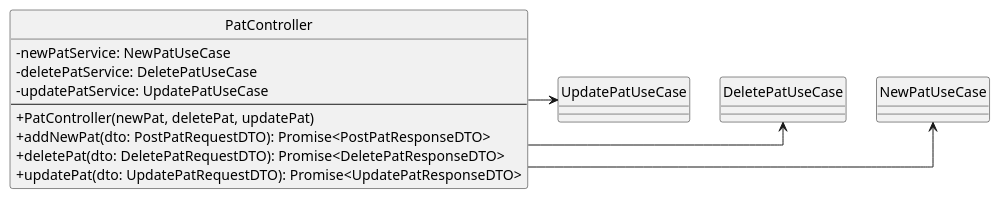
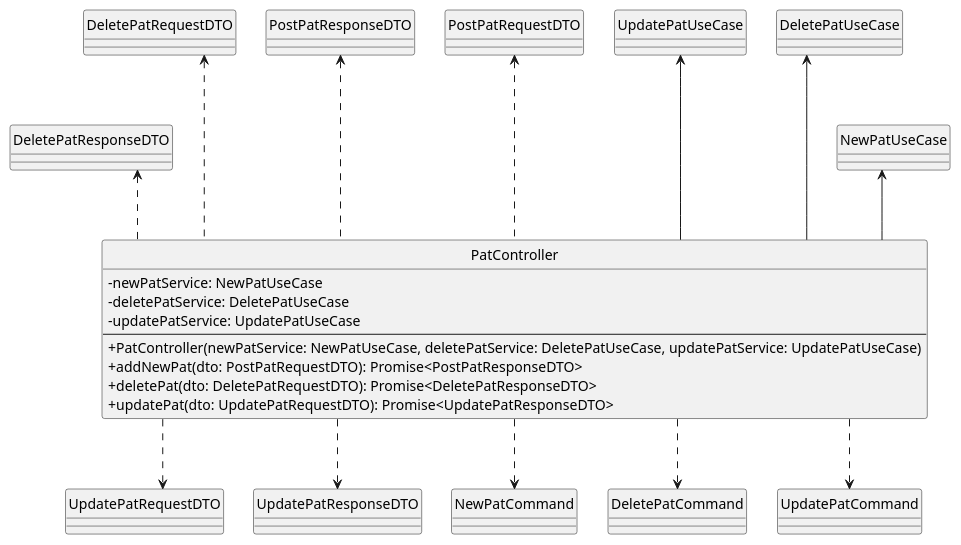
Before and after one commit to SkarabGroup/DocumentazioneProgetto: the diagram in assets/st_diagrams/code/plantuml/analysis/presentation/controllers/pat.controller.plantuml, drawn with PlantUML. The commit also changed 20 other files, not shown here.

```diff
--- a/assets/st_diagrams/code/plantuml/analysis/presentation/controllers/pat.controller.plantuml
+++ b/assets/st_diagrams/code/plantuml/analysis/presentation/controllers/pat.controller.plantuml
@@ -1,23 +1,34 @@
 @startuml PatController
 skinparam componentStyle uml2.5
 skinparam linetype ortho
 skinparam nodesep 30
-skinparam ranksep 30
+skinparam ranksep 70
 skinparam ClassAttributeIconSize 0
 hide circles
 
 class PatController {
     - newPatService: NewPatUseCase
     - deletePatService: DeletePatUseCase
     - updatePatService: UpdatePatUseCase
     ---
-    + PatController(newPat, deletePat, updatePat)
+    + PatController(newPatService: NewPatUseCase, deletePatService: DeletePatUseCase, updatePatService: UpdatePatUseCase)
     + addNewPat(dto: PostPatRequestDTO): Promise<PostPatResponseDTO>
     + deletePat(dto: DeletePatRequestDTO): Promise<DeletePatResponseDTO>
     + updatePat(dto: UpdatePatRequestDTO): Promise<UpdatePatResponseDTO>
 }
 
-PatController --right-> NewPatUseCase
-PatController --right-> DeletePatUseCase
-PatController --right-> UpdatePatUseCase
+' Relations
+PatController --up> NewPatUseCase
+PatController --up-> DeletePatUseCase
+PatController --up-> UpdatePatUseCase
+PatController ..up.> PostPatRequestDTO
+PatController ..up.> PostPatResponseDTO
+PatController ..up.> DeletePatRequestDTO
+PatController ..up> DeletePatResponseDTO
+PatController ..> UpdatePatRequestDTO
+PatController ..> UpdatePatResponseDTO
+PatController ..> NewPatCommand
+PatController ..> DeletePatCommand
+PatController ..> UpdatePatCommand
+
 @enduml
```
